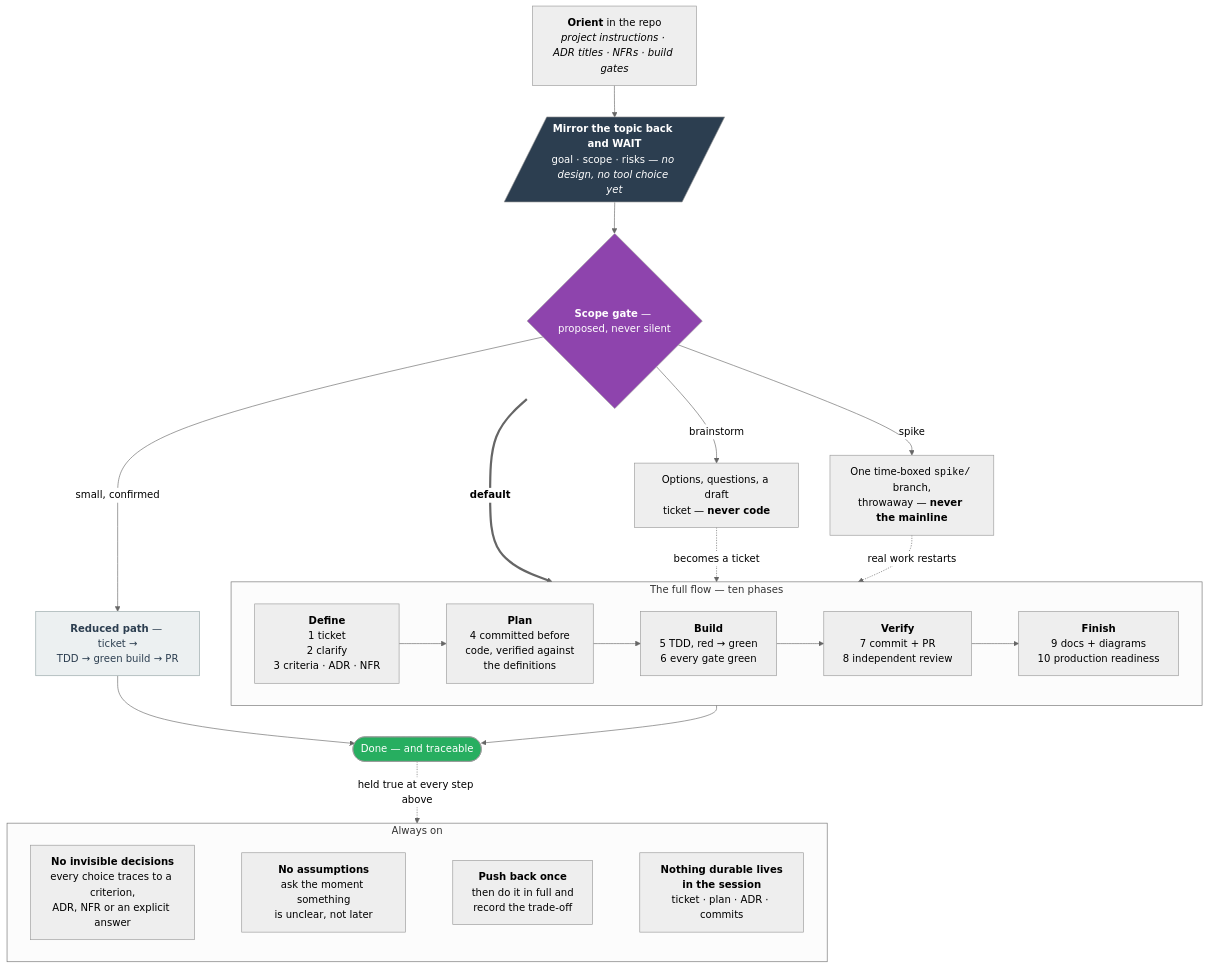
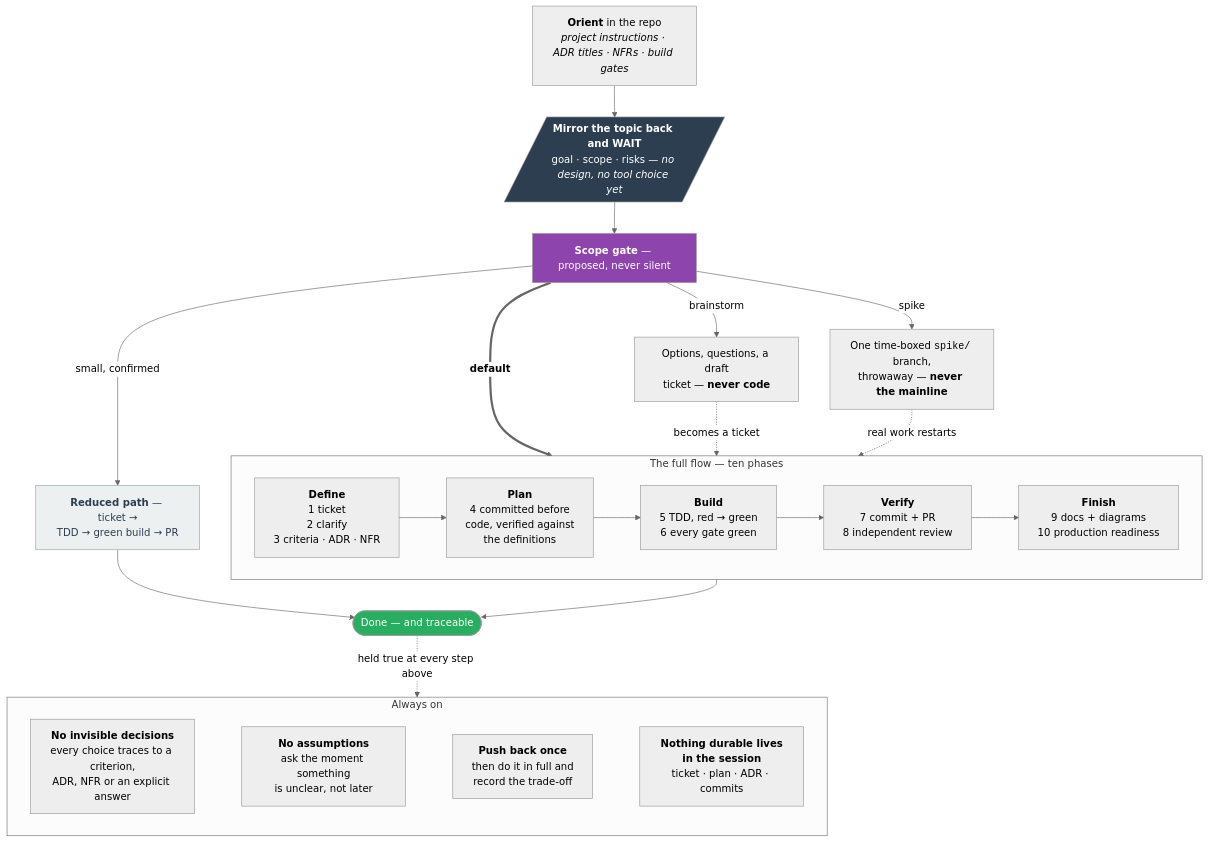
One commit to os890/skill_disciplined-delivery changed the first of 11 diagrams in docs/delivery-flow.md. Above: the diagram before and after it, drawn with Mermaid (neutral theme). The commit also changed 7 other files, not shown here.

First line of the commit message:
fix: the overview's branch edges detached from the scope gate

````diff
--- a/docs/delivery-flow.md
+++ b/docs/delivery-flow.md
@@ -20,37 +20,37 @@
 ```mermaid
 flowchart TB
     OR["<b>Orient</b> in the repo<br/><i>project instructions · ADR titles · NFRs · build gates</i>"]
     OR --> MI[/"<b>Mirror the topic back and WAIT</b><br/>goal · scope · risks — <i>no design, no tool choice yet</i>"/]
-    MI --> SG{"<b>Scope gate</b> — proposed, never silent"}
+    MI --> SG["<b>Scope gate</b> — proposed, never silent"]
 
     SG -->|brainstorm| EX["Options, questions, a draft<br/>ticket — <b>never code</b>"]
     SG -->|spike| SP["One time-boxed <code>spike/</code> branch,<br/>throwaway — <b>never the mainline</b>"]
     SG -->|"small, confirmed"| RP["<b>Reduced path</b> — ticket →<br/>TDD → green build → PR"]
-    SG ==>|"<b>default</b>"| FULL
+    SG ==>|"<b>default</b>"| DEF
 
-    EX -.->|"becomes a ticket"| FULL
-    SP -.->|"real work restarts"| FULL
+    EX -.->|"becomes a ticket"| DEF
+    SP -.->|"real work restarts"| DEF
 
     subgraph FULL["The full flow — ten phases"]
         direction LR
         DEF["<b>Define</b><br/>1 ticket<br/>2 clarify<br/>3 criteria · ADR · NFR"] --> PLN["<b>Plan</b><br/>4 committed before<br/>code, verified against<br/>the definitions"] --> BLD["<b>Build</b><br/>5 TDD, red → green<br/>6 every gate green"] --> VER["<b>Verify</b><br/>7 commit + PR<br/>8 independent review"] --> FIN["<b>Finish</b><br/>9 docs + diagrams<br/>10 production readiness"]
     end
 
-    FULL --> DONE(["Done — and traceable"])
+    FIN --> DONE(["Done — and traceable"])
     RP --> DONE
     DONE -.->|"held true at every step above"| ALWAYS
 
     subgraph ALWAYS["Always on"]
         direction LR
         R1["<b>No invisible decisions</b><br/>every choice traces to a criterion,<br/>ADR, NFR or an explicit answer"]
         R2["<b>No assumptions</b><br/>ask the moment something<br/>is unclear, not later"]
         R3["<b>Push back once</b><br/>then do it in full and<br/>record the trade-off"]
         R4["<b>Nothing durable lives<br/>in the session</b><br/>ticket · plan · ADR · commits"]
         R1 ~~~ R2 ~~~ R3 ~~~ R4
     end
 
     style MI fill:#2c3e50,color:#fff
     style SG fill:#8e44ad,color:#fff
     style DONE fill:#27ae60,color:#fff
     style RP fill:#ecf0f1,stroke:#95a5a6,color:#2c3e50
 ```
````
